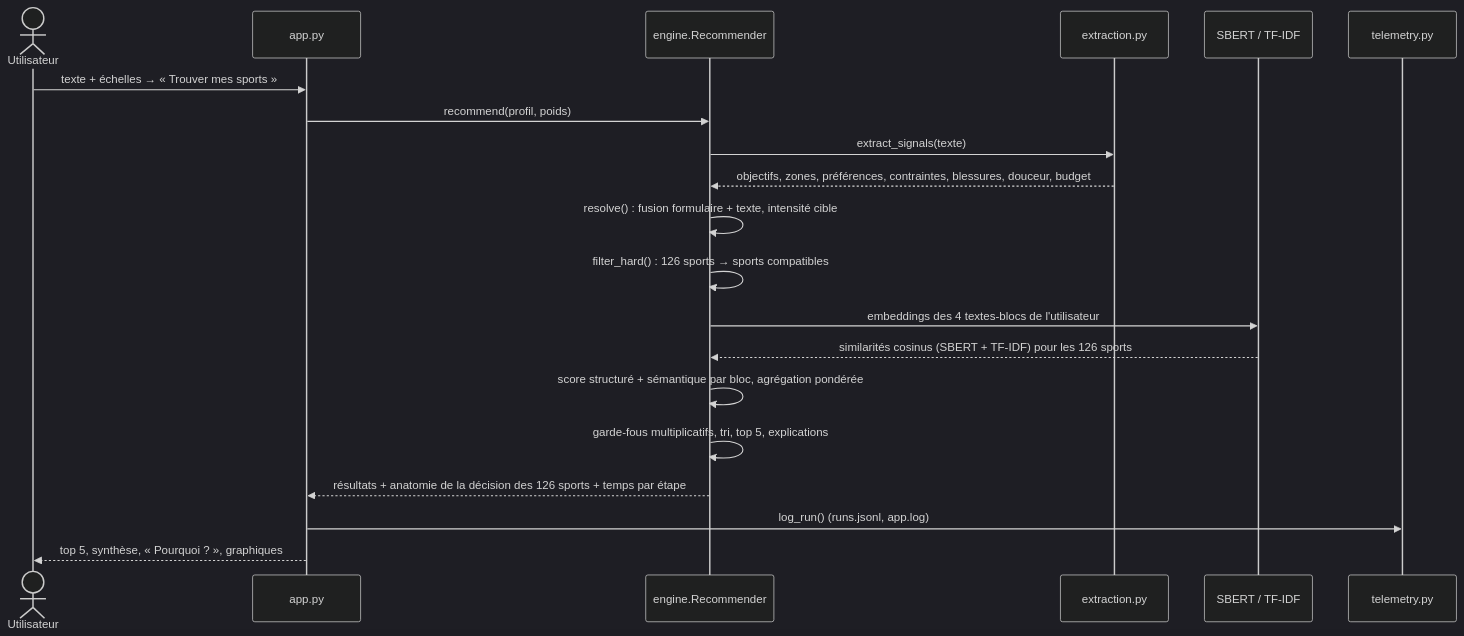
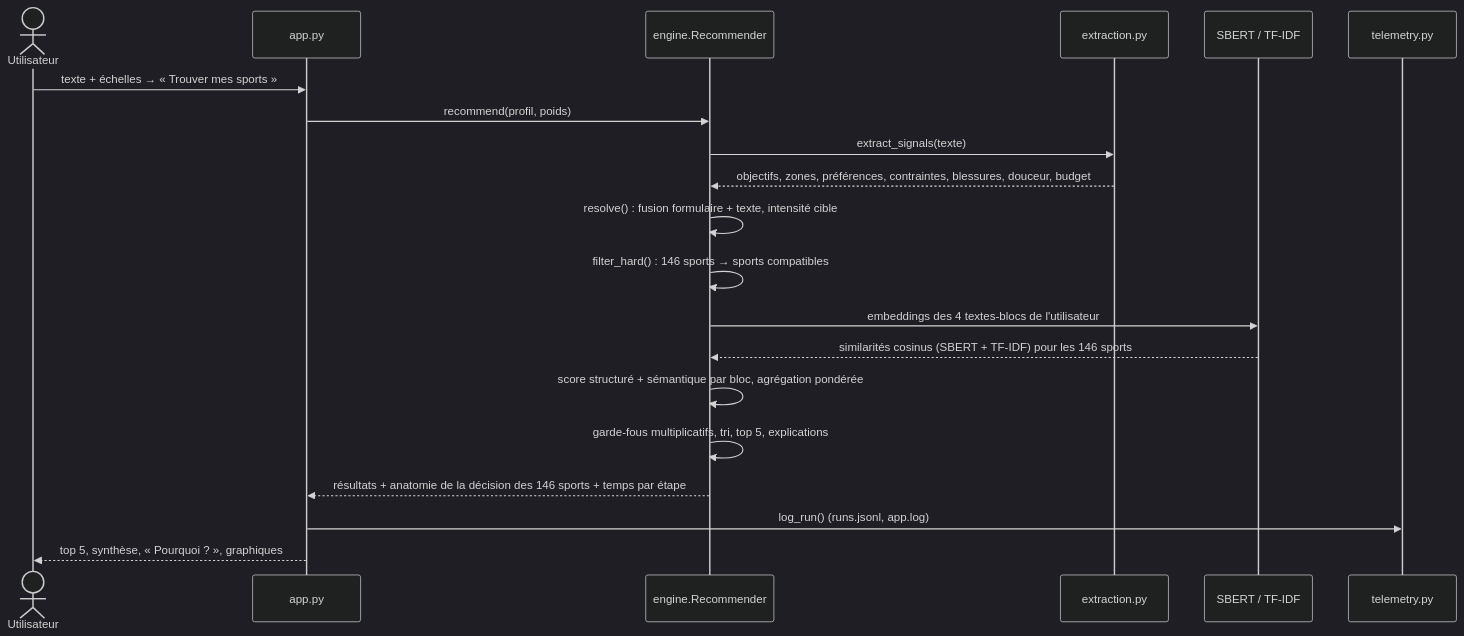
Before and after one commit to AntoineLal/ECE-Projet-NLP: the fifth of 6 diagrams in README.md, drawn with Mermaid (dark theme). The commit also changed other lines of this file and 10 other files, not shown here.

````diff
--- a/README.md
+++ b/README.md
@@ -194,23 +194,23 @@
 ```mermaid
 sequenceDiagram
     actor U as Utilisateur
     participant A as app.py
     participant E as engine.Recommender
     participant X as extraction.py
     participant S as SBERT / TF-IDF
     participant T as telemetry.py
 
     U->>A: texte + échelles → « Trouver mes sports »
     A->>E: recommend(profil, poids)
     E->>X: extract_signals(texte)
     X-->>E: objectifs, zones, préférences, contraintes, blessures, douceur, budget
     E->>E: resolve() : fusion formulaire + texte, intensité cible
-    E->>E: filter_hard() : 126 sports → sports compatibles
+    E->>E: filter_hard() : 146 sports → sports compatibles
     E->>S: embeddings des 4 textes-blocs de l'utilisateur
-    S-->>E: similarités cosinus (SBERT + TF-IDF) pour les 126 sports
+    S-->>E: similarités cosinus (SBERT + TF-IDF) pour les 146 sports
     E->>E: score structuré + sémantique par bloc, agrégation pondérée
     E->>E: garde-fous multiplicatifs, tri, top 5, explications
-    E-->>A: résultats + anatomie de la décision des 126 sports + temps par étape
+    E-->>A: résultats + anatomie de la décision des 146 sports + temps par étape
     A->>T: log_run() (runs.jsonl, app.log)
     A-->>U: top 5, synthèse, « Pourquoi ? », graphiques
 ```
````
